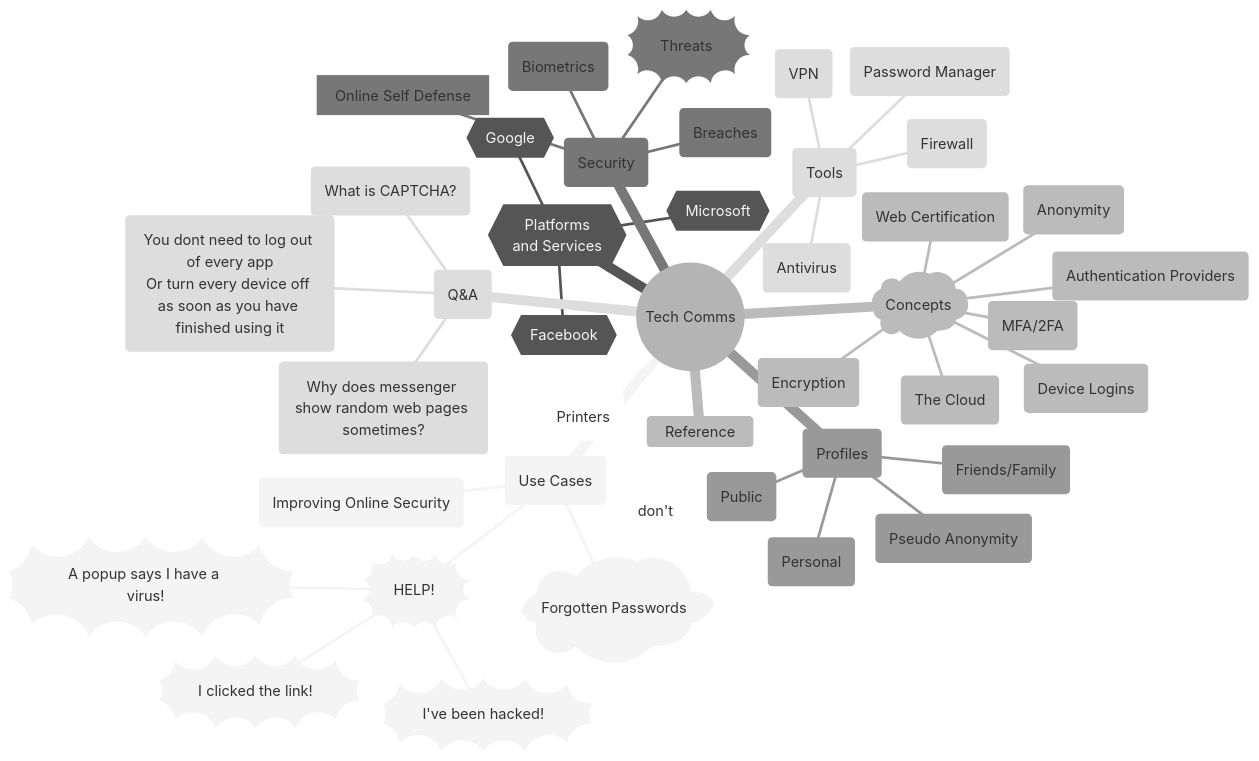
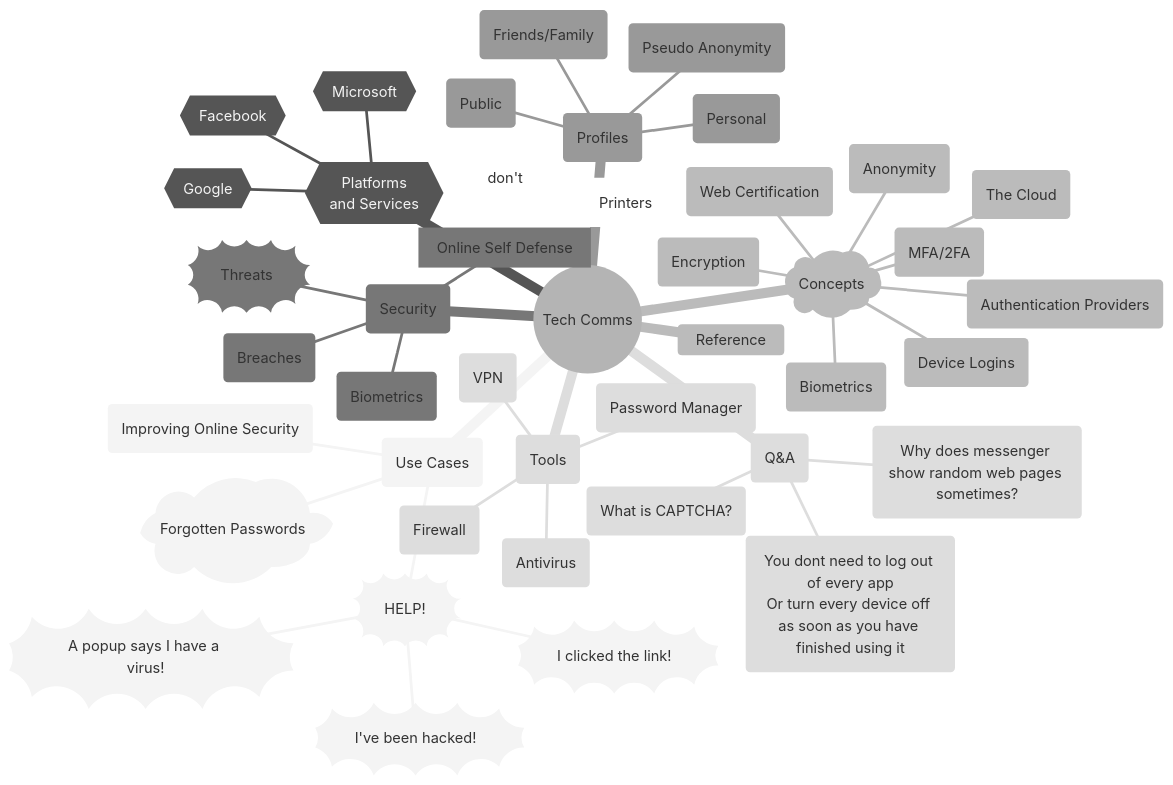
One commit to widerload/tech-comms changed the diagram in Ideas.md. Above: the diagram before and after it, drawn with Mermaid (neutral theme). The commit also changed 2 other files, not shown here.

Commit message:
Added biometrics into ideas mind map Added simple todo list

````diff
--- a/Ideas.md
+++ b/Ideas.md
@@ -5,47 +5,48 @@
 ```mermaid
 mindmap
     root(("Tech Comms"))
         uc("Use Cases")
             help))"HELP!"((
                 link))"I clicked the link!"((
                 hacked))"I've been hacked!"((
                 popup))"A popup says I have a virus!"((
             fp)"Forgotten Passwords"(
             ("Improving Online Security")
         {{"Platforms 
         and Services"}}
             {{"Microsoft"}}
             {{"Google"}}
             {{"Facebook"}}
         )"Concepts"(
             ("Web Certification")
             ("Authentication Providers")
             ("MFA/2FA")
             ("Device Logins")
             ("Anonymity")
             ("The Cloud")
             ("Encryption")
+            ("Biometrics")
         ("Security")
             ))"Threats"((
             ["Online Self Defense"]
             ("Biometrics")
             ("Breaches")
         ("Profiles")
             ("Public")
             ("Friends/Family")
             ("Personal")
             ("Pseudo Anonymity")
         ("Tools")
             ("Antivirus")
             ("VPN")
             ("Password Manager")
             ("Firewall")
         ("Printers")
             ["don't"]
         ("Q&A")
             ("Why does messenger show random web pages sometimes?")
             ("You dont need to log out of every app
             Or turn every device off as soon as you have finished using it")
             ("What is CAPTCHA?")
         Reference
 ```
````
